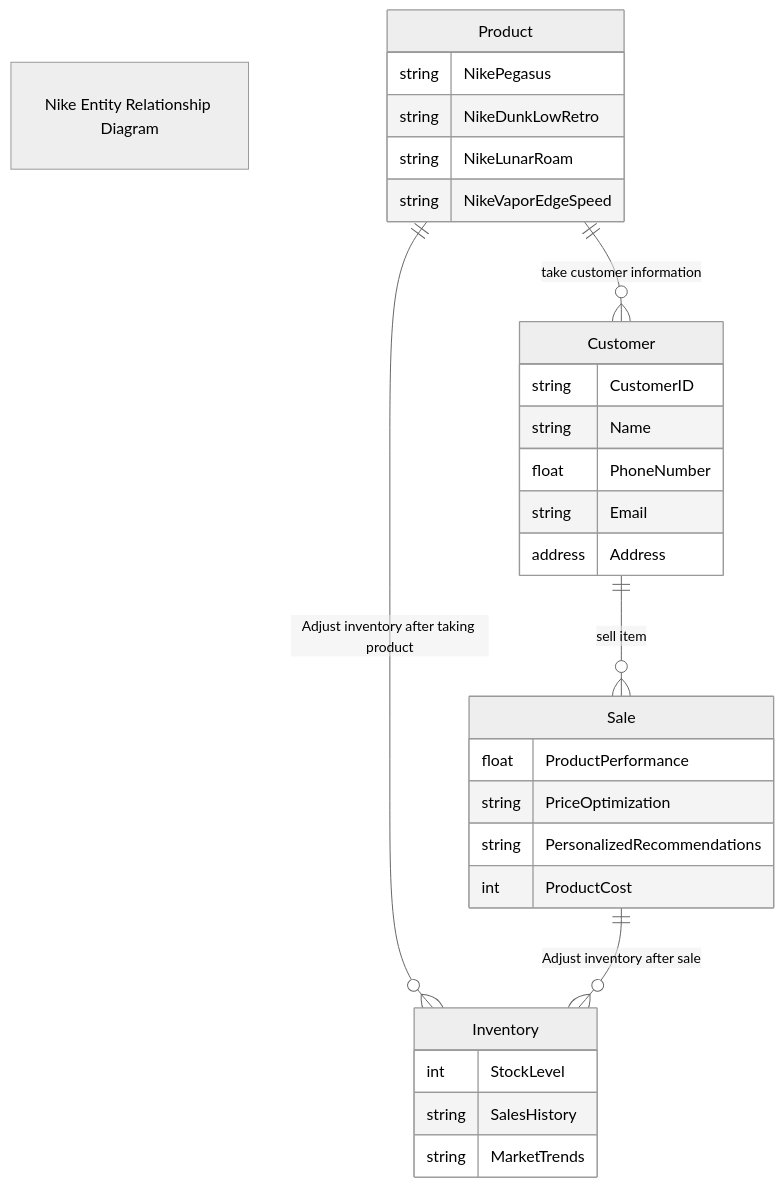
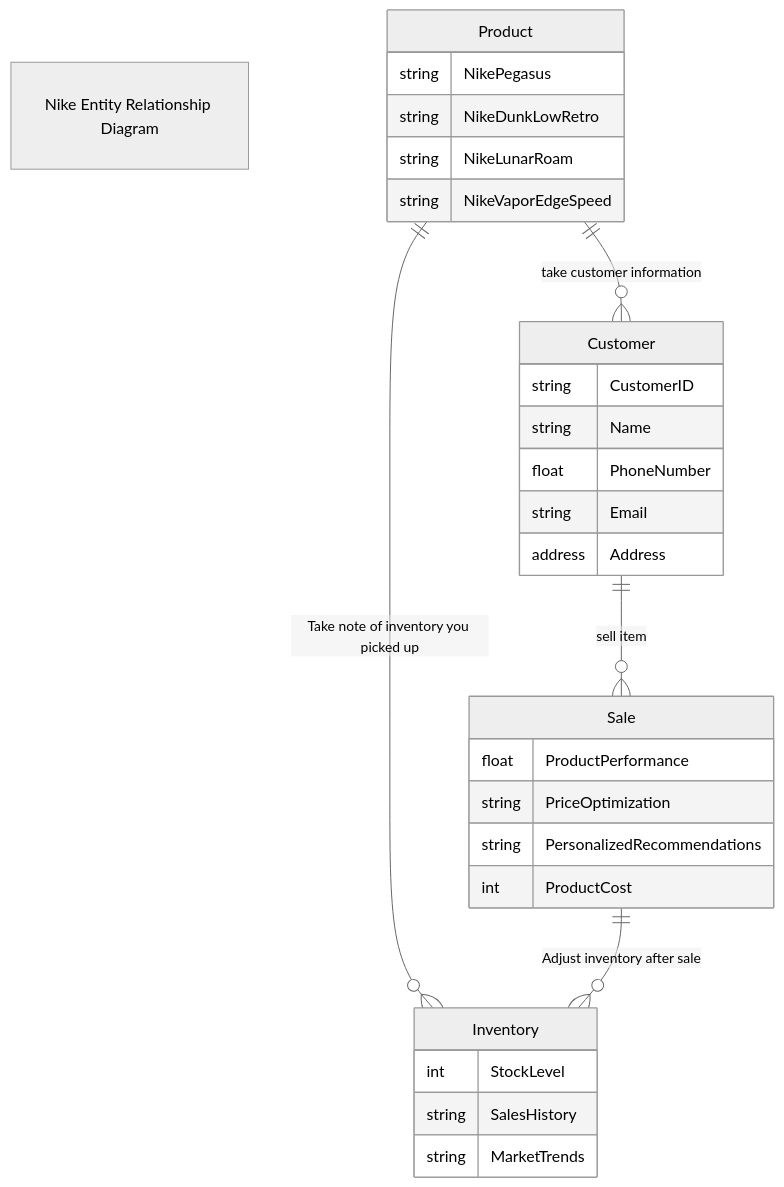
Before and after one commit to JordanDuncan5/Nike-Store-ERD: the diagram in NikeStore_ERD.md, drawn with Mermaid (neutral theme).

Commit message:
Update NikeStore_ERD.md
adjusted connections

````diff
--- a/NikeStore_ERD.md
+++ b/NikeStore_ERD.md
@@ -1,39 +1,39 @@
 ```mermaid
 
 erDiagram
 
 "Nike Entity Relationship Diagram"
 
     Product ||--o{ Customer :"take customer information"
-    Product ||--o{ Inventory :"Adjust inventory after taking product"
+    Product ||--o{ Inventory :"Take note of inventory you picked up"
     Product{
         string NikePegasus
         string NikeDunkLowRetro
         string NikeLunarRoam
         string NikeVaporEdgeSpeed
     }
     
     Customer ||--o{ Sale :"sell item"
     Customer{
         string CustomerID
         string Name
         float PhoneNumber
         string Email
         address Address
     }
     
     Sale ||--o{ Inventory :"Adjust inventory after sale"
     Sale{
         float ProductPerformance
         string PriceOptimization
         string PersonalizedRecommendations
         int ProductCost
     }
     
     Inventory{
         int StockLevel
         string SalesHistory
         string MarketTrends
     }
 
 ```
````
